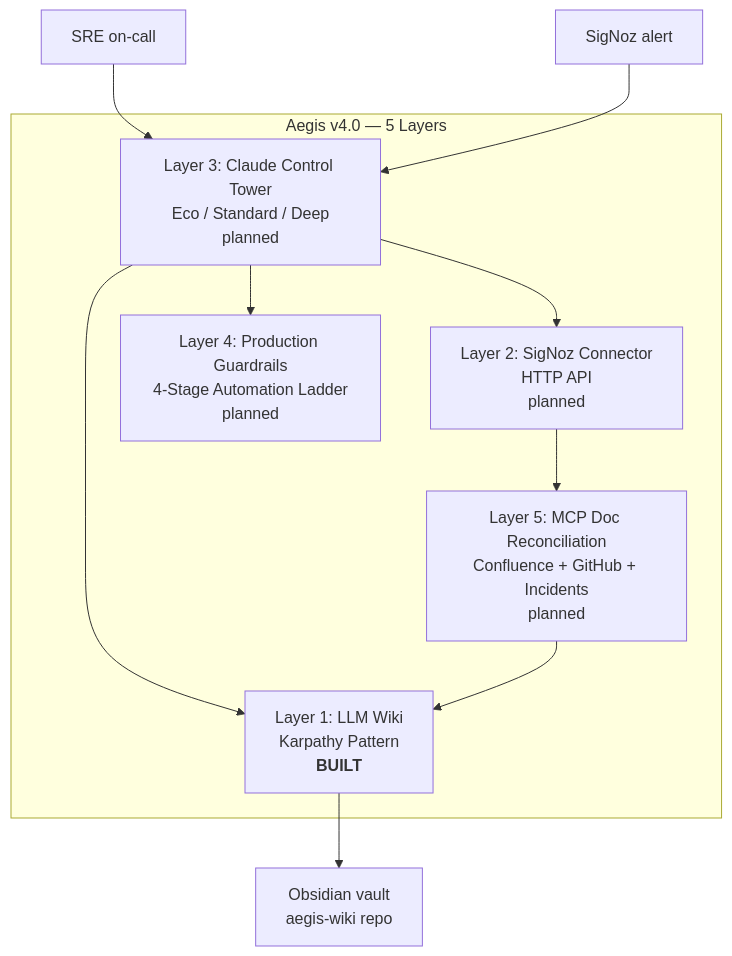
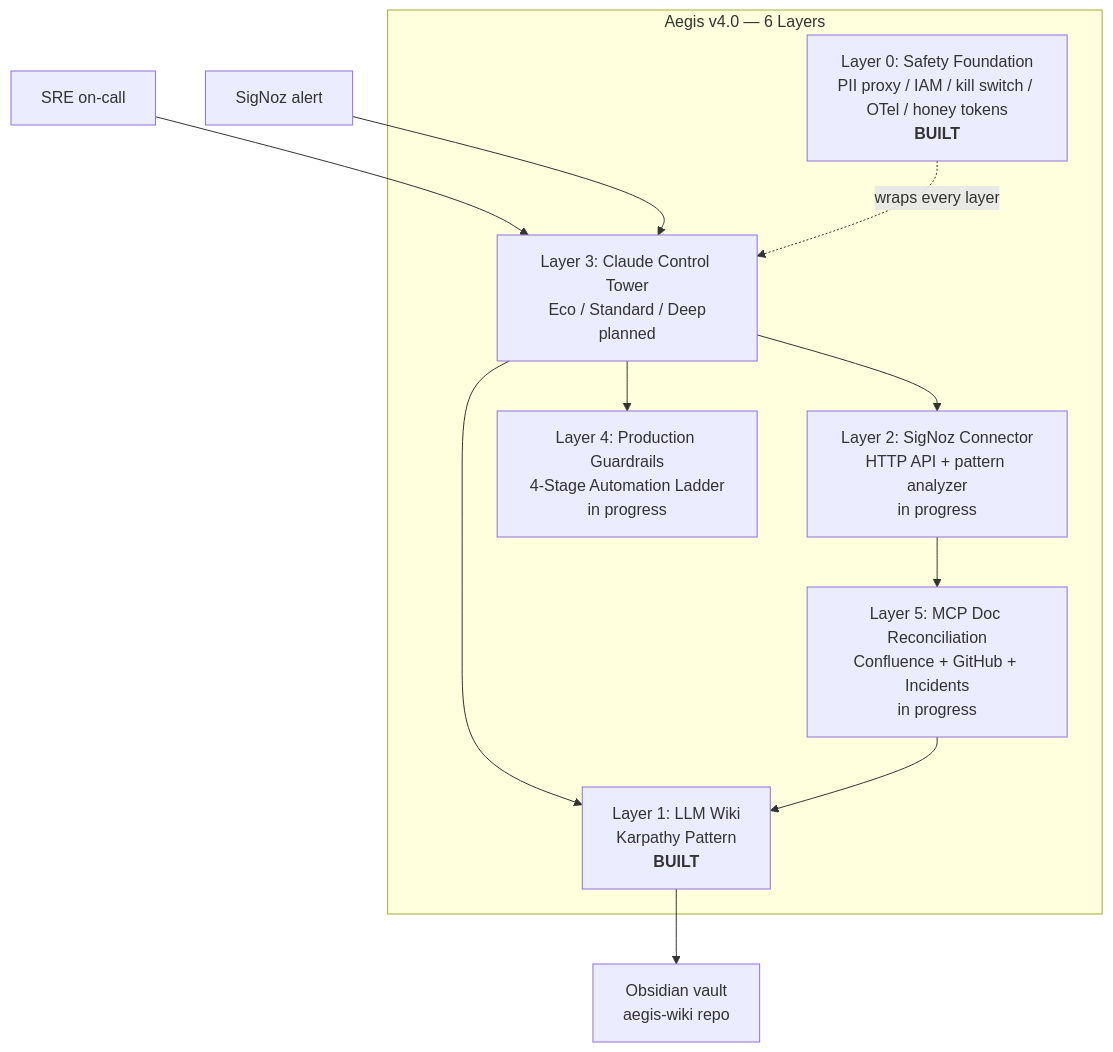
One commit to JIUNG9/aegis changed the diagram in README.md. Above: the diagram before and after it, drawn with Mermaid. The commit also changed other lines of this file and 1 other file, not shown here.

First line of the commit message:
docs: reflect Layer 0 shipped + Layer 2/4/5 in progress

````diff
--- a/README.md
+++ b/README.md
@@ -36,18 +36,20 @@
 ```mermaid
 graph TB
-  subgraph AEGIS["Aegis v4.0 — 5 Layers"]
+  subgraph AEGIS["Aegis v4.0 — 6 Layers"]
+    L0[Layer 0: Safety Foundation<br/>PII proxy / IAM / kill switch / OTel / honey tokens<br/><b>BUILT</b>]
     L1[Layer 1: LLM Wiki<br/>Karpathy Pattern<br/><b>BUILT</b>]
-    L2[Layer 2: SigNoz Connector<br/>HTTP API<br/>planned]
+    L2[Layer 2: SigNoz Connector<br/>HTTP API + pattern analyzer<br/>in progress]
     L3[Layer 3: Claude Control Tower<br/>Eco / Standard / Deep<br/>planned]
-    L4[Layer 4: Production Guardrails<br/>4-Stage Automation Ladder<br/>planned]
-    L5[Layer 5: MCP Doc Reconciliation<br/>Confluence + GitHub + Incidents<br/>planned]
+    L4[Layer 4: Production Guardrails<br/>4-Stage Automation Ladder<br/>in progress]
+    L5[Layer 5: MCP Doc Reconciliation<br/>Confluence + GitHub + Incidents<br/>in progress]
   end
   User[SRE on-call] --> L3
   Alert[SigNoz alert] --> L3
   L3 --> L1
   L3 --> L2
   L3 --> L4
   L5 --> L1
   L2 --> L5
   L1 --> Vault[Obsidian vault<br/>aegis-wiki repo]
+  L0 -.wraps every layer.-> L3
 ```
````
